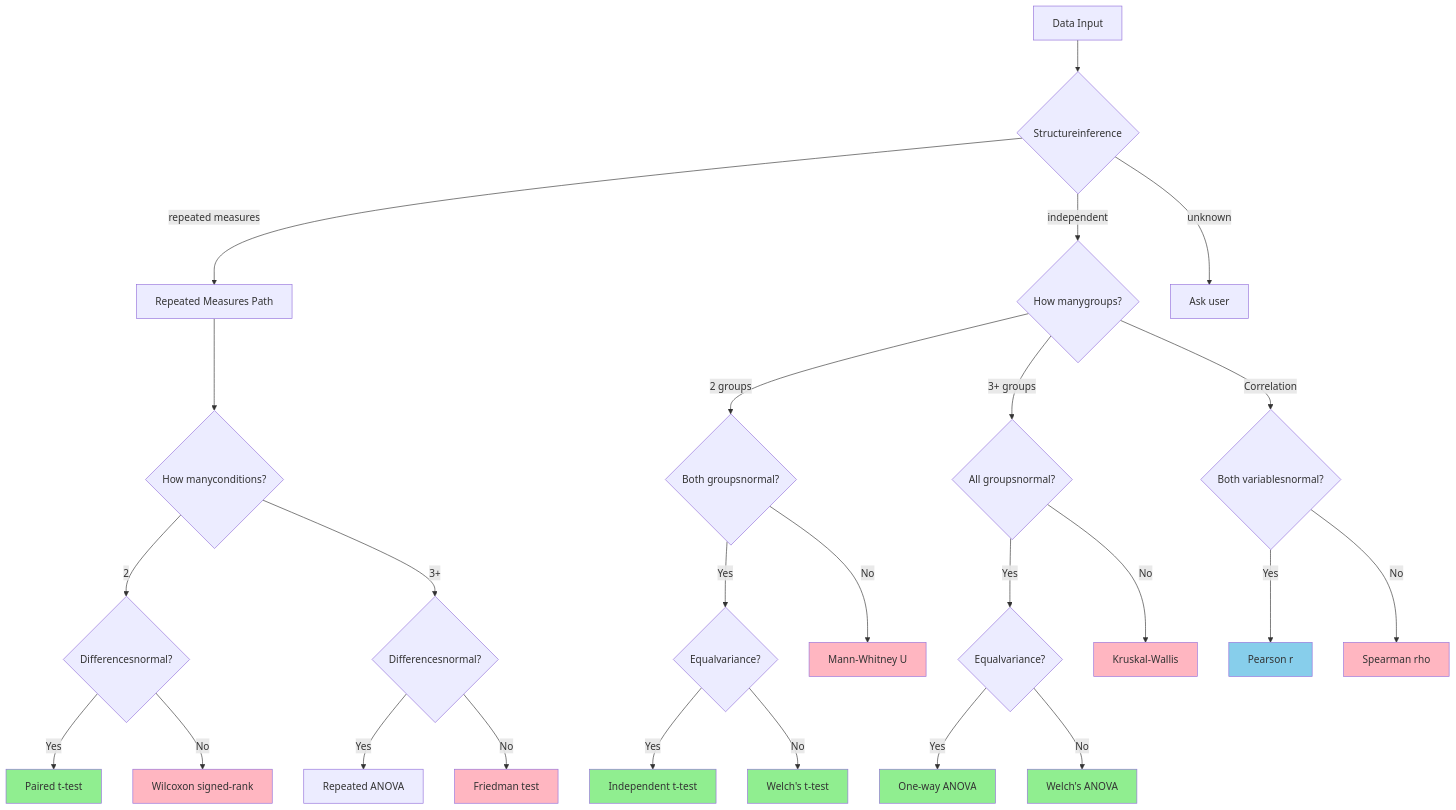
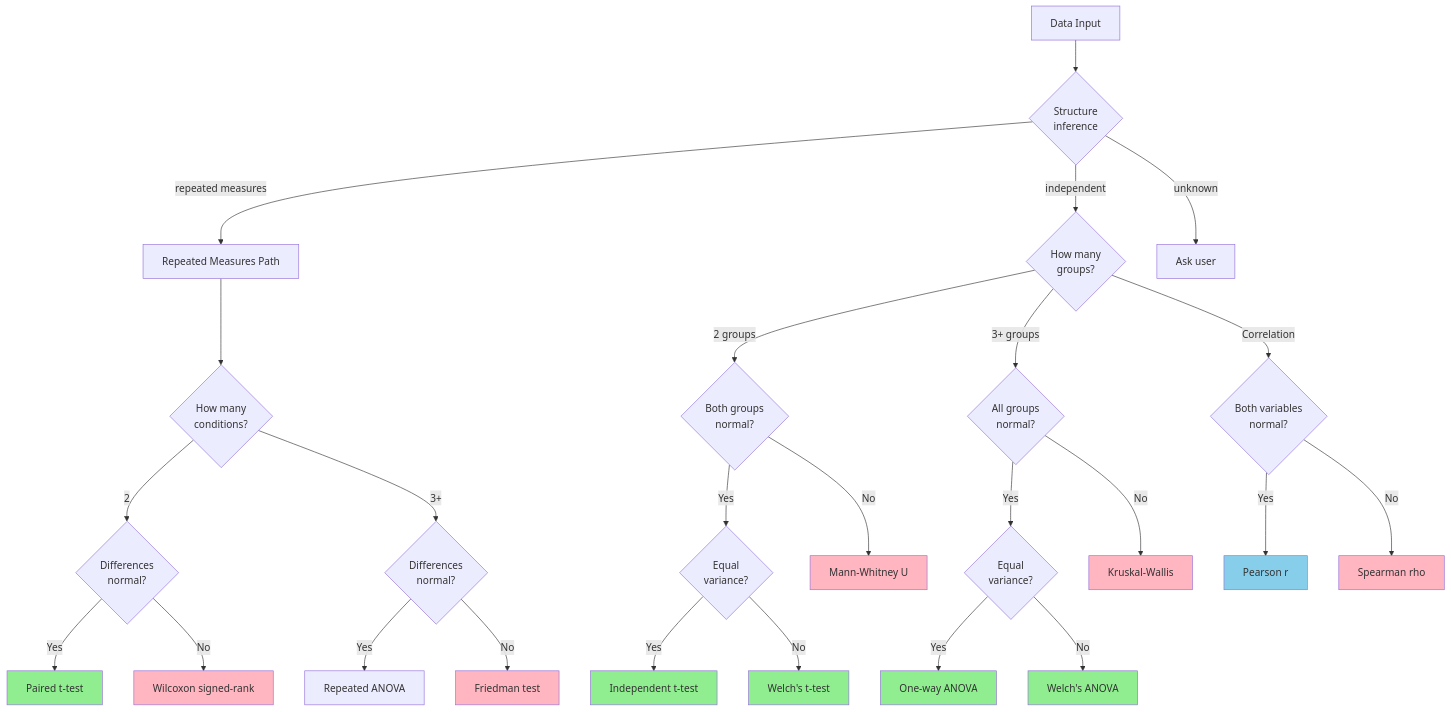
The diagram in README.md (Roaa-838/INCF-AStats-cli-prototype), drawn with Mermaid before and after one commit. The commit also changed other lines of this file, not shown here.

````diff
--- a/README.md
+++ b/README.md
@@ -24,45 +195,45 @@
 ```mermaid
 graph TD
-    Start[Data Input] --> Profiler{Structureinference}
+    Start[Data Input] --> Profiler{Structure<br/>inference}
     
     Profiler -->|repeated measures| RM[Repeated Measures Path]
-    Profiler -->|independent| CheckGroups{How manygroups?}
+    Profiler -->|independent| CheckGroups{How many<br/>groups?}
     Profiler -->|unknown| HITL_clarify[Ask user]
 
-    RM --> CheckRMGroups{How manyconditions?}
-    CheckRMGroups -->|2| CheckPairedNormal{Differencesnormal?}
-    CheckRMGroups -->|3+| CheckFriedman{Differencesnormal?}
+    RM --> CheckRMGroups{How many<br/>conditions?}
+    CheckRMGroups -->|2| CheckPairedNormal{Differences<br/>normal?}
+    CheckRMGroups -->|3+| CheckFriedman{Differences<br/>normal?}
     CheckPairedNormal -->|Yes| PT[Paired t-test]
     CheckPairedNormal -->|No| WX[Wilcoxon signed-rank]
     CheckFriedman -->|Yes| RANOVA[Repeated ANOVA]
     CheckFriedman -->|No| FR[Friedman test]
 
-    CheckGroups -->|2 groups| Check2Normal{Both groupsnormal?}
-    CheckGroups -->|3+ groups| Check3Normal{All groupsnormal?}
-    CheckGroups -->|Correlation| CheckCorrNormal{Both variablesnormal?}
+    CheckGroups -->|2 groups| Check2Normal{Both groups<br/>normal?}
+    CheckGroups -->|3+ groups| Check3Normal{All groups<br/>normal?}
+    CheckGroups -->|Correlation| CheckCorrNormal{Both variables<br/>normal?}
     
-    Check2Normal -->|Yes| CheckVariance{Equalvariance?}
+    Check2Normal -->|Yes| CheckVariance{Equal<br/>variance?}
     Check2Normal -->|No| MW[Mann-Whitney U]
     CheckVariance -->|Yes| IT[Independent t-test]
     CheckVariance -->|No| WT[Welch's t-test]
     
-    Check3Normal -->|Yes| Check3Variance{Equalvariance?}
+    Check3Normal -->|Yes| Check3Variance{Equal<br/>variance?}
     Check3Normal -->|No| KW[Kruskal-Wallis]
     Check3Variance -->|Yes| ANOVA[One-way ANOVA]
     Check3Variance -->|No| WA[Welch's ANOVA]
     
     CheckCorrNormal -->|Yes| PR[Pearson r]
     CheckCorrNormal -->|No| SR[Spearman rho]
 
     style IT fill:#90EE90
     style WT fill:#90EE90
     style WA fill:#90EE90
     style MW fill:#FFB6C1
     style PT fill:#90EE90
     style WX fill:#FFB6C1
     style ANOVA fill:#90EE90
     style KW fill:#FFB6C1
     style FR fill:#FFB6C1
     style PR fill:#87CEEB
     style SR fill:#FFB6C1
 ```
````
